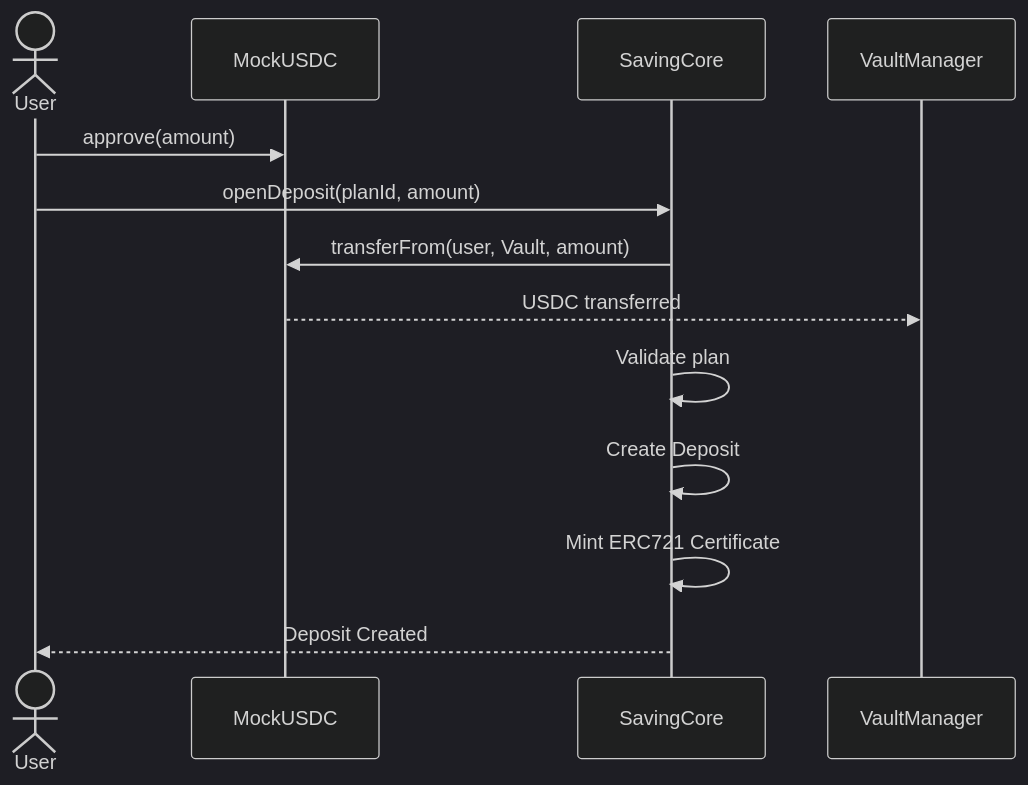
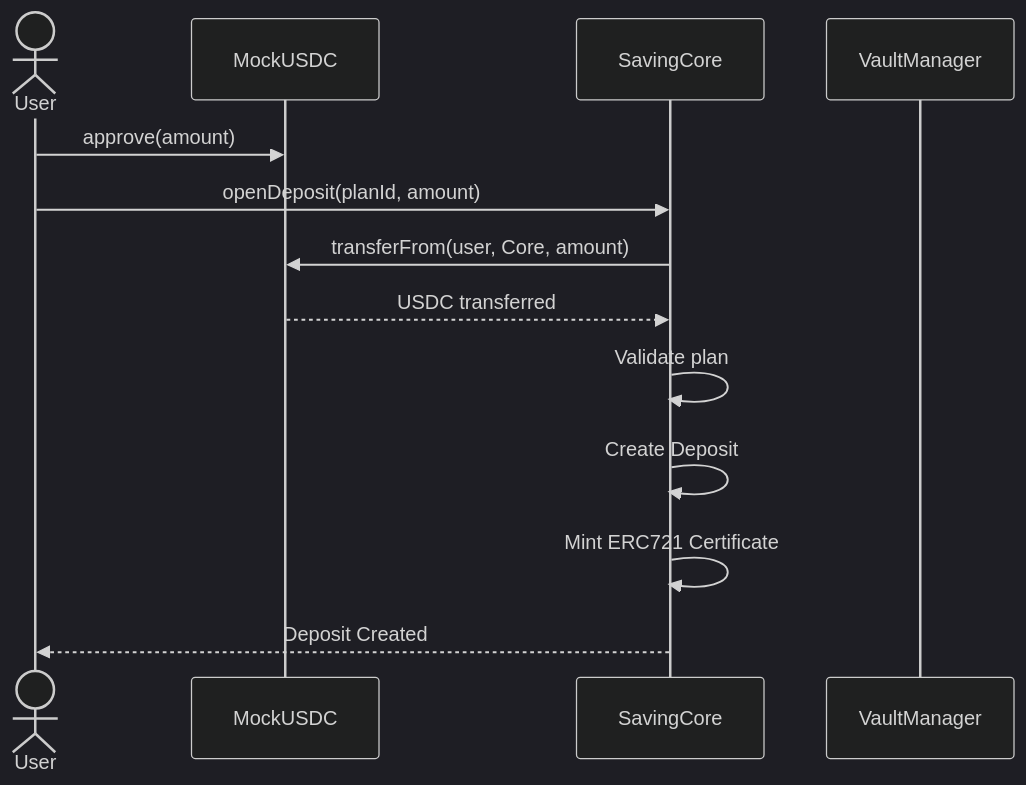
The first of 6 diagrams in docs/sequence-diagram.md (yang-sin-pal/AC_BlockChain_Online_Saving), drawn with Mermaid (dark theme) before and after one commit. The commit also changed other lines of this file, not shown here.

Commit message:
fix: correct sequence diagrams for deposit and withdrawal processes; update method names and clarify fund handling

````diff
--- a/docs/sequence-diagram.md
+++ b/docs/sequence-diagram.md
@@ -9,19 +9,19 @@
 ```mermaid
 sequenceDiagram
     actor User
     participant USDC as MockUSDC
     participant Core as SavingCore
     participant Vault as VaultManager
 
     User->>USDC: approve(amount)
     User->>Core: openDeposit(planId, amount)
 
-    Core->>USDC: transferFrom(user, Vault, amount)
-    USDC-->>Vault: USDC transferred
+    Core->>USDC: transferFrom(user, Core, amount)
+    USDC-->>Core: USDC transferred
 
     Core->>Core: Validate plan
     Core->>Core: Create Deposit
     Core->>Core: Mint ERC721 Certificate
 
     Core-->>User: Deposit Created
 ```
````
